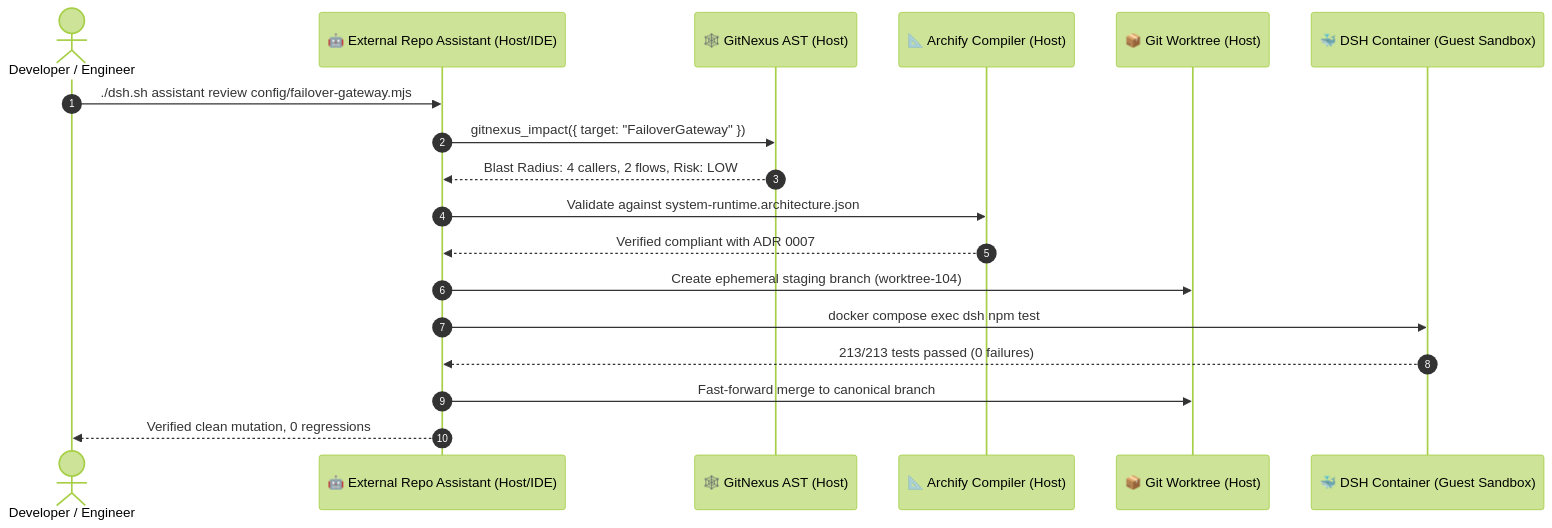
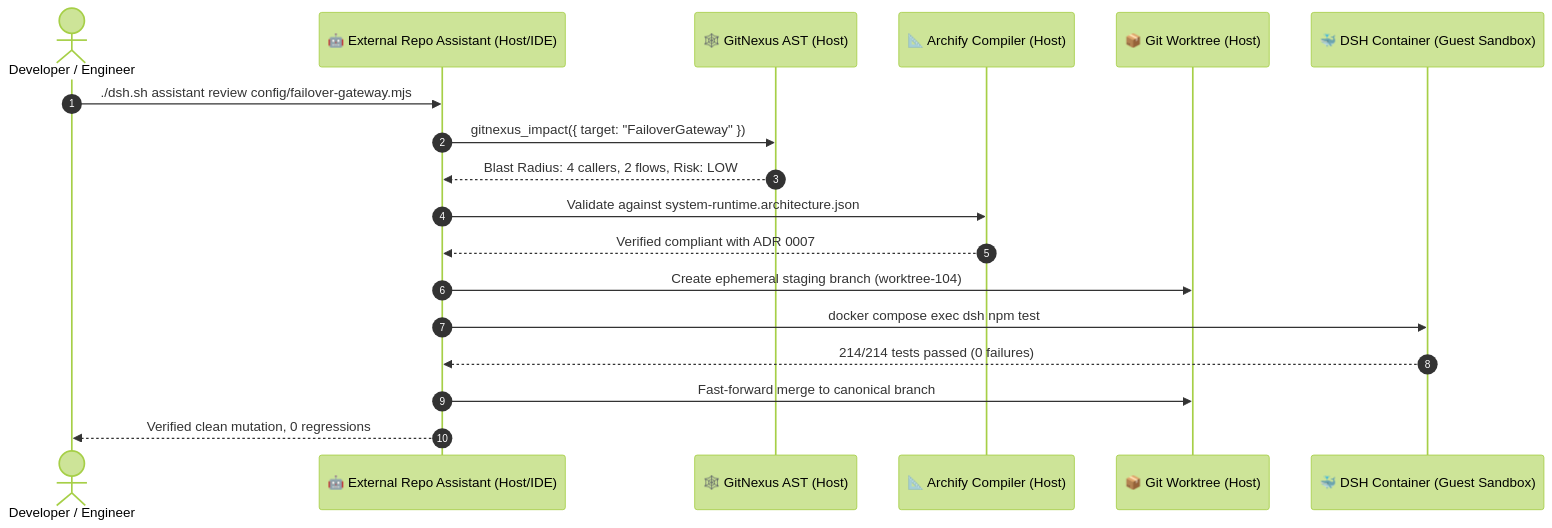
Before and after one commit to hdjebar/DSH-DDS: the fourth of 4 diagrams in docs/work/backlog/ideation/sota-research-external-repo-assistant.md, drawn with Mermaid (forest theme). The commit also changed 5 other files, not shown here.

````diff
--- a/docs/work/backlog/ideation/sota-research-external-repo-assistant.md
+++ b/docs/work/backlog/ideation/sota-research-external-repo-assistant.md
@@ -206,21 +206,21 @@
 ```mermaid
 sequenceDiagram
     autonumber
     actor Dev as Developer / Engineer
     participant HostAssistant as 🤖 External Repo Assistant (Host/IDE)
     participant GitNexus as 🕸️ GitNexus AST (Host)
     participant Archify as 📐 Archify Compiler (Host)
     participant Worktree as 📦 Git Worktree (Host)
     participant Container as 🐳 DSH Container (Guest Sandbox)
 
     Dev->>HostAssistant: ./dsh.sh assistant review config/failover-gateway.mjs
     HostAssistant->>GitNexus: gitnexus_impact({ target: "FailoverGateway" })
     GitNexus-->>HostAssistant: Blast Radius: 4 callers, 2 flows, Risk: LOW
     HostAssistant->>Archify: Validate against system-runtime.architecture.json
     Archify-->>HostAssistant: Verified compliant with ADR 0007
     HostAssistant->>Worktree: Create ephemeral staging branch (worktree-104)
     HostAssistant->>Container: docker compose exec dsh npm test
-    Container-->>HostAssistant: 213/213 tests passed (0 failures)
+    Container-->>HostAssistant: 214/214 tests passed (0 failures)
     HostAssistant->>Worktree: Fast-forward merge to canonical branch
     HostAssistant-->>Dev: Verified clean mutation, 0 regressions
 ```
````
